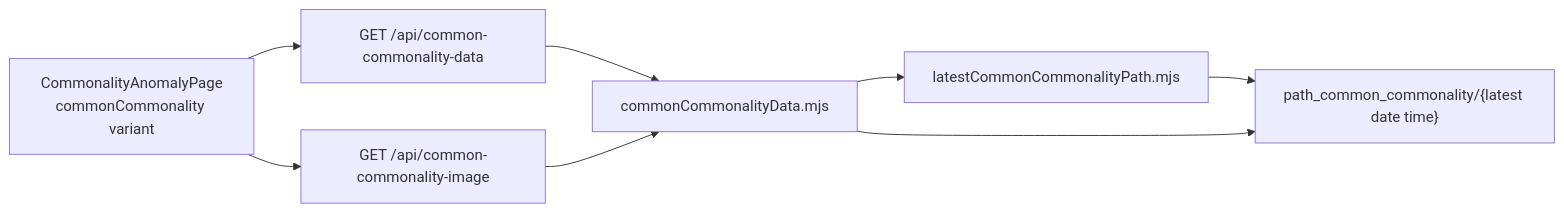
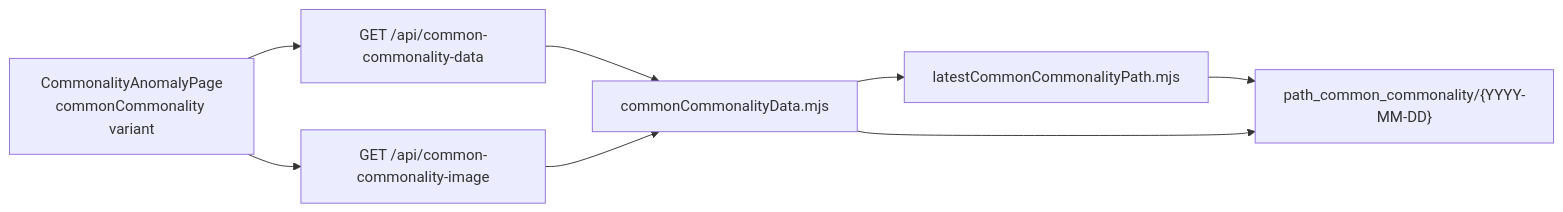
The eighth of 12 diagrams in web_structure.md (mlbarod/l0_spider), drawn with Mermaid before and after one commit. The commit also changed other lines of this file and 7 other files, not shown here.

Commit message:
공통부 동일성 검증 latest_date 기준 변경

````diff
--- a/web_structure.md
+++ b/web_structure.md
@@ -376,12 +376,12 @@
 ```mermaid
 flowchart LR
     PAGE["CommonalityAnomalyPage<br/>commonCommonality variant"]
     DATAAPI["GET /api/common-commonality-data"]
     NODE["commonCommonalityData.mjs"]
     LATEST["latestCommonCommonalityPath.mjs"]
-    ROOT["path_common_commonality/{latest date time}"]
+    ROOT["path_common_commonality/{YYYY-MM-DD}"]
     IMGAPI["GET /api/common-commonality-image"]
 
     PAGE --> DATAAPI --> NODE --> LATEST --> ROOT
     PAGE --> IMGAPI --> NODE --> ROOT
 ```
````
